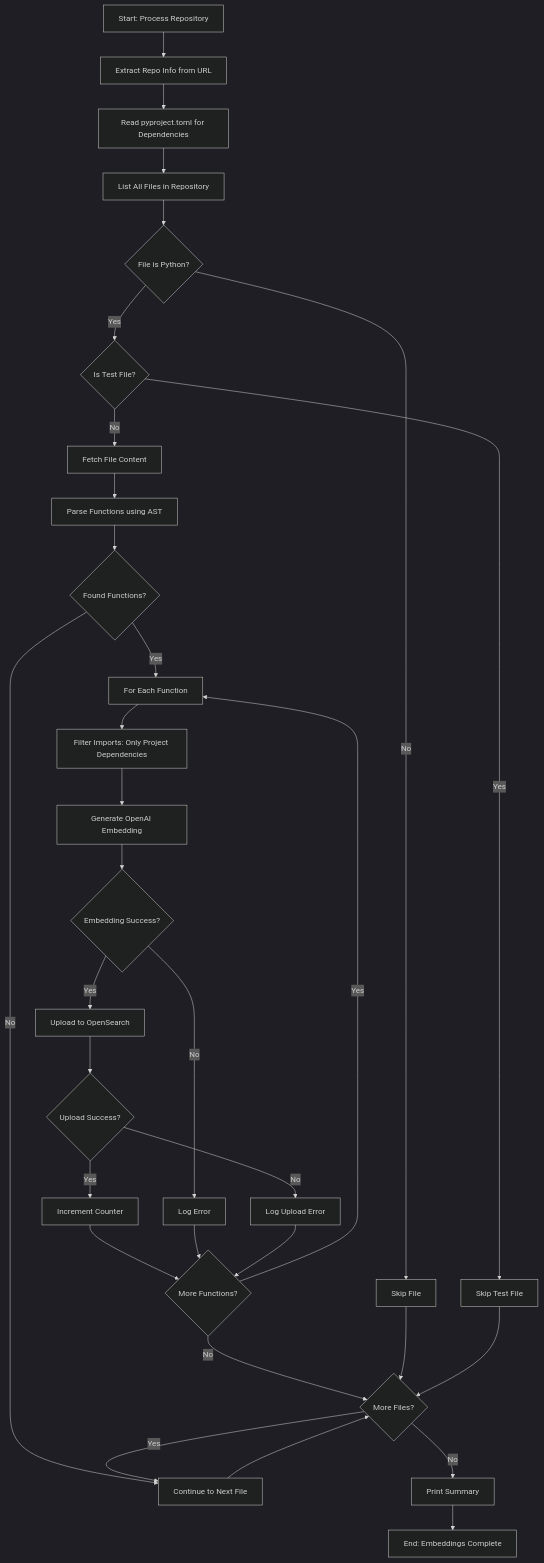
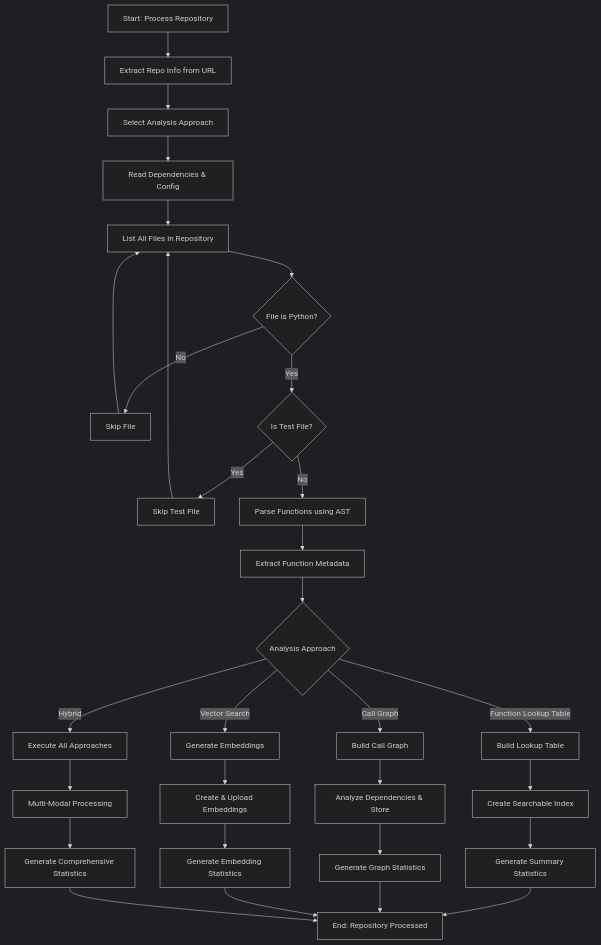
Before and after one commit to RISHABH4SAHNI/On_Call_Bot: the first of 5 diagrams in flows/embedding_and_issue_flow.md, drawn with Mermaid (dark theme). The commit also changed other lines of this file and 2 other files, not shown here.

First line of the commit message:
Add comprehensive flow documentation

````diff
--- a/flows/embedding_and_issue_flow.md
+++ b/flows/embedding_and_issue_flow.md
@@ -5,35 +9,37 @@
 ```mermaid
 flowchart TD
     A[Start: Process Repository] --> B[Extract Repo Info from URL]
-    B --> C[Read pyproject.toml for Dependencies]
-    C --> D[List All Files in Repository]
-    D --> E{File is Python?}
-    E -->|No| F[Skip File]
-    E -->|Yes| G{Is Test File?}
-    G -->|Yes| H[Skip Test File]
-    G -->|No| I[Fetch File Content]
-    I --> J[Parse Functions using AST]
-    J --> K{Found Functions?}
-    K -->|No| L[Continue to Next File]
-    K -->|Yes| M[For Each Function]
-    M --> N[Filter Imports: Only Project Dependencies]
-    N --> O[Generate OpenAI Embedding]
-    O --> P{Embedding Success?}
-    P -->|No| Q[Log Error]
-    P -->|Yes| R[Upload to OpenSearch]
-    R --> S{Upload Success?}
-    S -->|No| T[Log Upload Error]
-    S -->|Yes| U[Increment Counter]
-    U --> V{More Functions?}
-    V -->|Yes| M
-    V -->|No| W{More Files?}
-    W -->|Yes| L
-    W -->|No| X[Print Summary]
-    X --> Y[End: Embeddings Complete]
+    B --> C[Select Analysis Approach]
+    C --> D[Read Dependencies & Config]
+    D --> E[List All Files in Repository]
+    E --> F{File is Python?}
+    F -->|No| G[Skip File]
+    F -->|Yes| H{Is Test File?}
+    H -->|Yes| I[Skip Test File]
+    H -->|No| J[Parse Functions using AST]
+    J --> K[Extract Function Metadata]
+    K --> L{Analysis Approach}
     
-    F --> W
-    H --> W
-    L --> W
-    Q --> V
-    T --> V
+    L -->|Function Lookup Table| M[Build Lookup Table]
+    L -->|Call Graph| N[Build Call Graph]
+    L -->|Vector Search| O[Generate Embeddings]
+    L -->|Hybrid| P[Execute All Approaches]
+    
+    M --> Q[Create Searchable Index]
+    N --> R[Analyze Dependencies & Store]
+    O --> S[Create & Upload Embeddings]
+    P --> T[Multi-Modal Processing]
+    
+    Q --> U[Generate Summary Statistics]
+    R --> V[Generate Graph Statistics]
+    S --> W[Generate Embedding Statistics]
+    T --> X[Generate Comprehensive Statistics]
+    
+    U --> Y[End: Repository Processed]
+    V --> Y
+    W --> Y
+    X --> Y
+    
+    G --> E
+    I --> E
 ```
````
